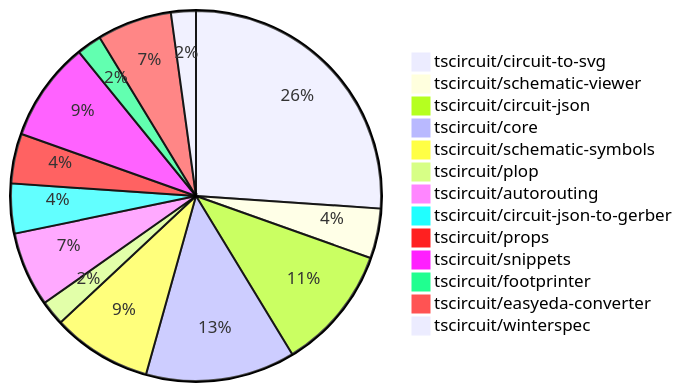
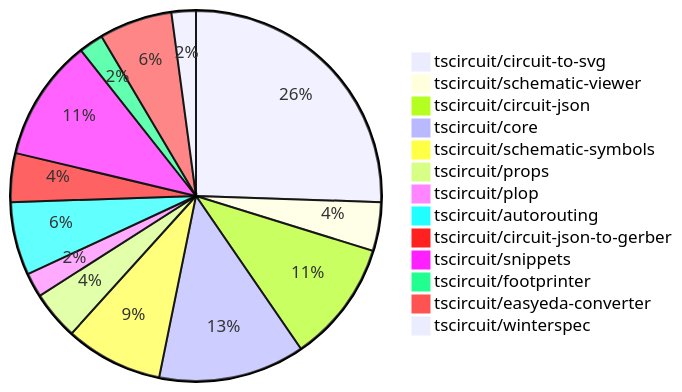
One commit to tscircuit/contribution-tracker changed the diagram in contribution-overviews/2024-10-23.md. Above: the diagram before and after it, drawn with Mermaid. The commit also changed other lines of this file and 1 other file, not shown here.

````diff
--- a/contribution-overviews/2024-10-23.md
+++ b/contribution-overviews/2024-10-23.md
@@ -5,16 +5,16 @@
 ```mermaid
 pie
     "tscircuit/circuit-to-svg" : 12
     "tscircuit/schematic-viewer" : 2
     "tscircuit/circuit-json" : 5
     "tscircuit/core" : 6
     "tscircuit/schematic-symbols" : 4
+    "tscircuit/props" : 2
     "tscircuit/plop" : 1
     "tscircuit/autorouting" : 3
     "tscircuit/circuit-json-to-gerber" : 2
-    "tscircuit/props" : 2
-    "tscircuit/snippets" : 4
+    "tscircuit/snippets" : 5
     "tscircuit/footprinter" : 1
     "tscircuit/easyeda-converter" : 3
     "tscircuit/winterspec" : 1
 ```
````
